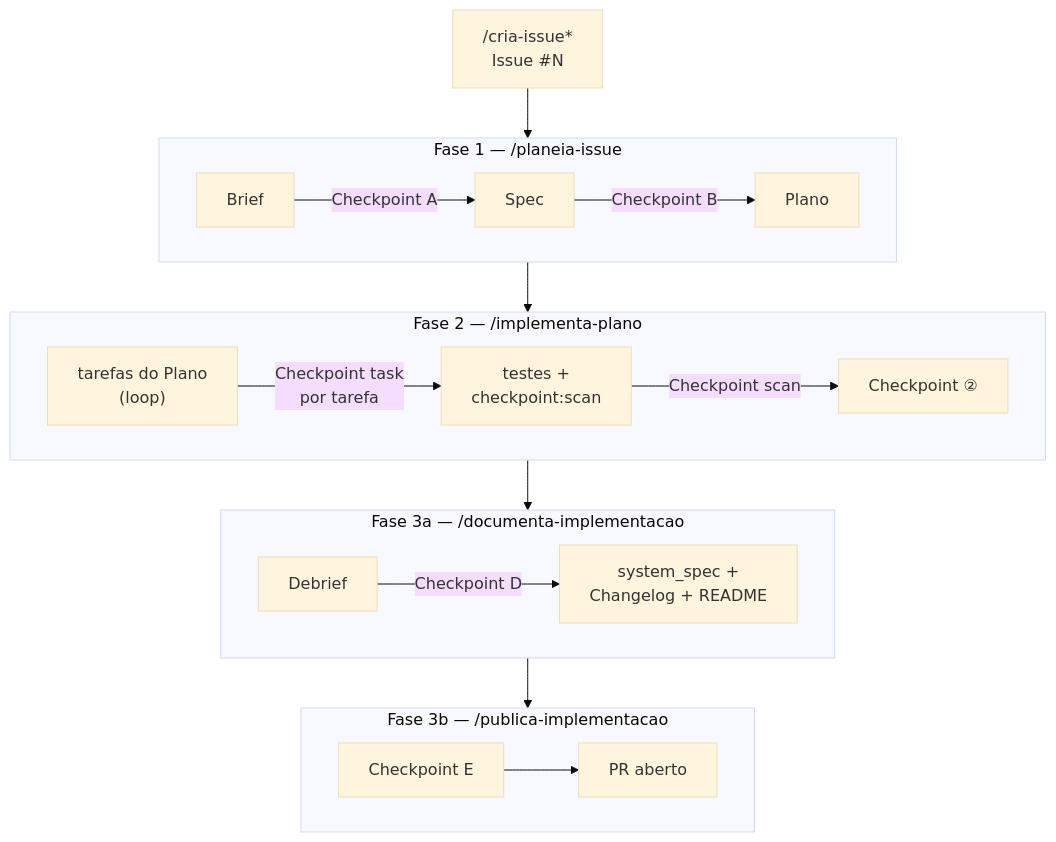
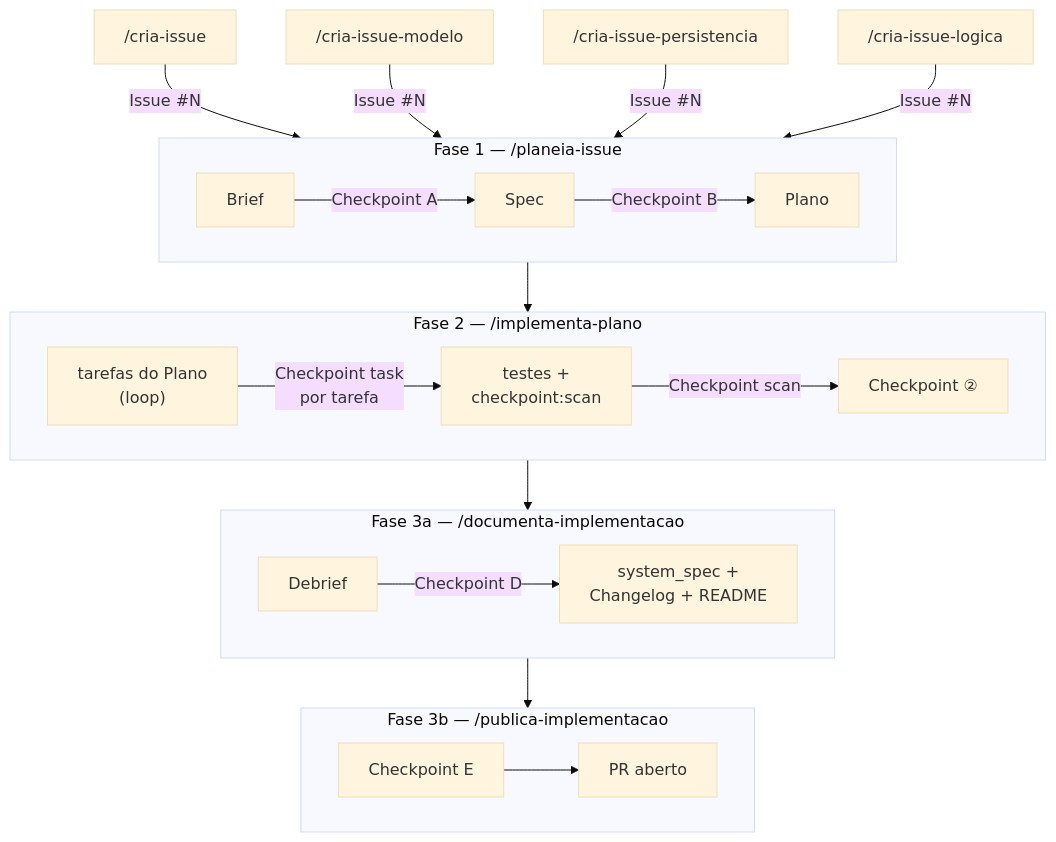
Before and after one commit to paulocmguerreiro/findocprocessor-backend-laravel: the diagram in docs/WORKFLOW.md, drawn with Mermaid (base theme).

Commit message:
docs(workflow): mostra os 4 pontos de entrada da issue no diagrama
/cria-issue* era um asterisco genérico a esconder que há 4 commands
distintos (/cria-issue, /cria-issue-modelo, /cria-issue-persistencia,
/cria-issue-logica), todos a convergir para a Fase 1.

````diff
--- a/docs/WORKFLOW.md
+++ b/docs/WORKFLOW.md
@@ -71,30 +71,33 @@
 ```mermaid
 flowchart TB
-    CI["/cria-issue*<br/>Issue #N"] --> PL
+    CI1["/cria-issue"] -->|Issue #N| PL
+    CI2["/cria-issue-modelo"] -->|Issue #N| PL
+    CI3["/cria-issue-persistencia"] -->|Issue #N| PL
+    CI4["/cria-issue-logica"] -->|Issue #N| PL
 
     subgraph PL["Fase 1 — /planeia-issue"]
         direction LR
         PLa[Brief] -->|Checkpoint A| PLb[Spec] -->|Checkpoint B| PLc[Plano]
     end
 
     PL --> IM
 
     subgraph IM["Fase 2 — /implementa-plano"]
         direction LR
         IMa["tarefas do Plano<br/>(loop)"] -->|Checkpoint task<br/>por tarefa| IMb["testes +<br/>checkpoint:scan"] -->|Checkpoint scan| IMc["Checkpoint ②"]
     end
 
     IM --> DOC
 
     subgraph DOC["Fase 3a — /documenta-implementacao"]
         direction LR
         DOCa[Debrief] -->|Checkpoint D| DOCb["system_spec +<br/>Changelog + README"]
     end
 
     DOC --> PUB
 
     subgraph PUB["Fase 3b — /publica-implementacao"]
         direction LR
         PUBa["Checkpoint E"] --> PUBb["PR aberto"]
     end
 ```
````
